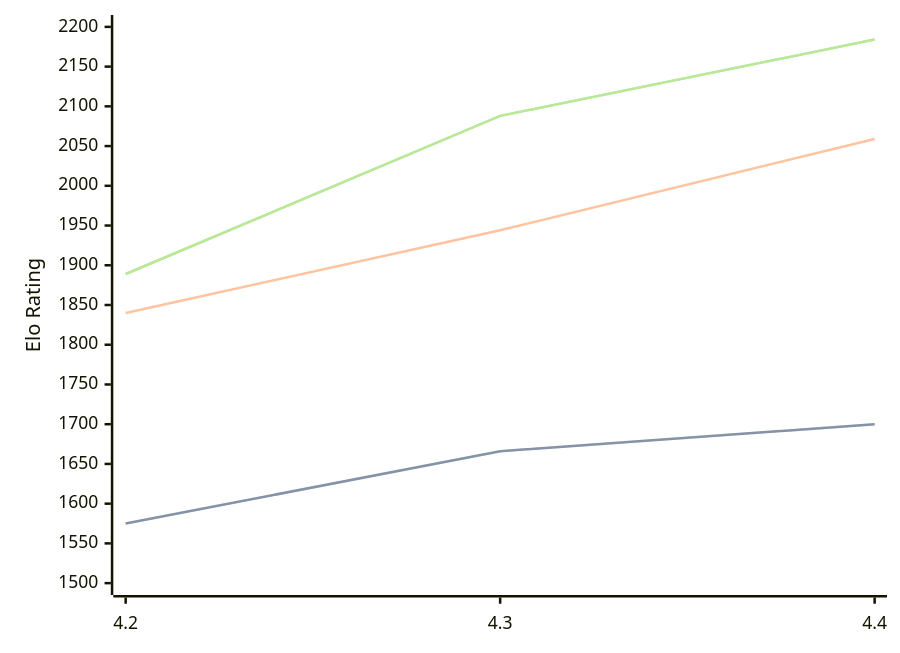
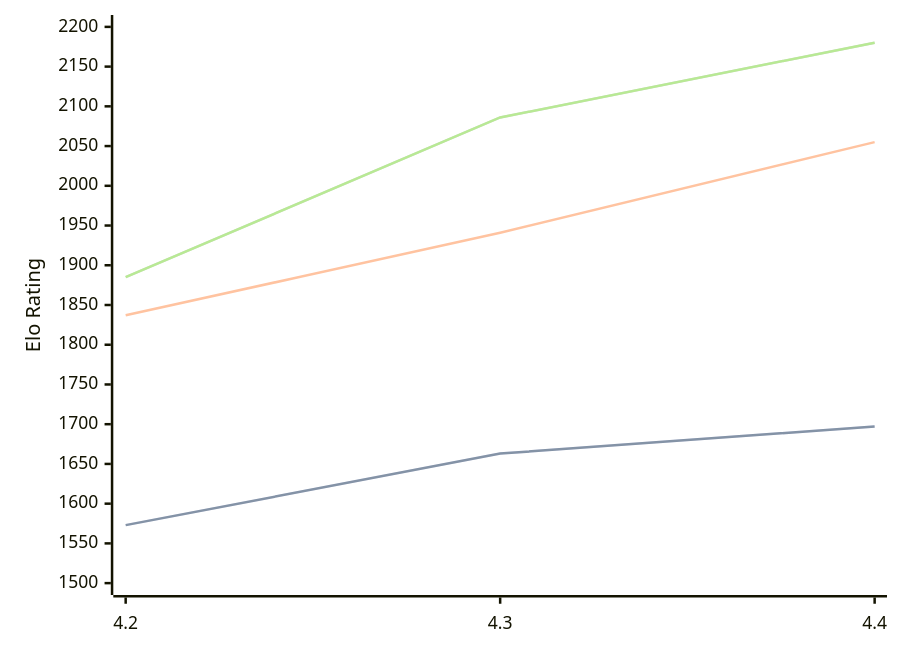
One commit to computer-chess-index/cci changed the third of 3 diagrams in engines/Radiance.md. Above: the diagram before and after it, drawn with Mermaid. The commit also changed other lines of this file, not shown here.

Commit message:
Update CCI Ratings (ELO VLTC) - 2026-07-16

````diff
--- a/engines/Radiance.md
+++ b/engines/Radiance.md
@@ -69,11 +69,11 @@
 ```mermaid
 %%{init: {"theme":"base","themeVariables":{"seriesColors:['#a3a3a3','#222221','#faa371']}}}%%
 xychart-beta
   x-axis ["4.2", "4.3", "4.4"]
   y-axis "Elo Rating" 1500 --> 2200
-  line "STC (8.0+0.08s)" [1575, 1666, 1700]
-  line "STC (8.0+0.08s)" [1575, 1666, 1700]
-  line "LTC (60.0+0.60s)" [1840, 1944, 2059]
-  line "VLTC (2m24s+1.12s)" [1889, 2088, 2184]
-  line "VLTC (2m24s+1.12s)" [1889, 2088, 2184]
+  line "STC (8.0+0.08s)" [1573, 1663, 1697]
+  line "STC (8.0+0.08s)" [1573, 1663, 1697]
+  line "LTC (60.0+0.60s)" [1837, 1941, 2055]
+  line "VLTC (2m24s+1.12s)" [1885, 2086, 2180]
+  line "VLTC (2m24s+1.12s)" [1885, 2086, 2180]
 ```
````
